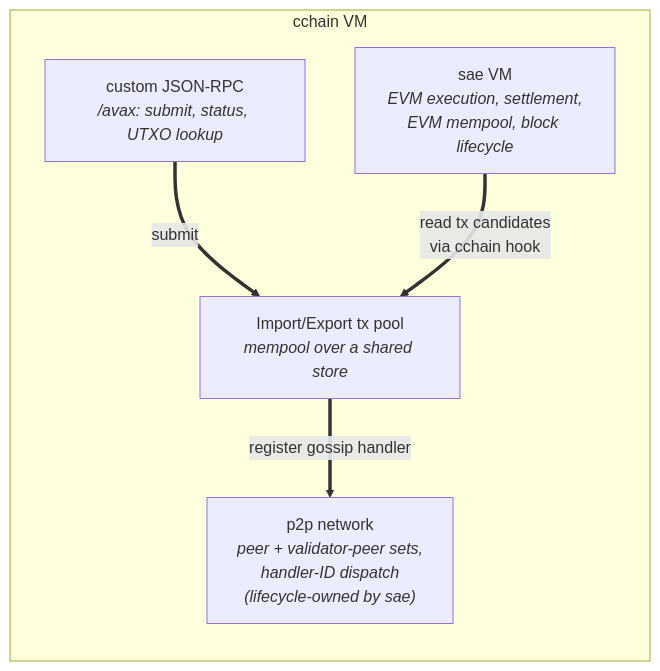
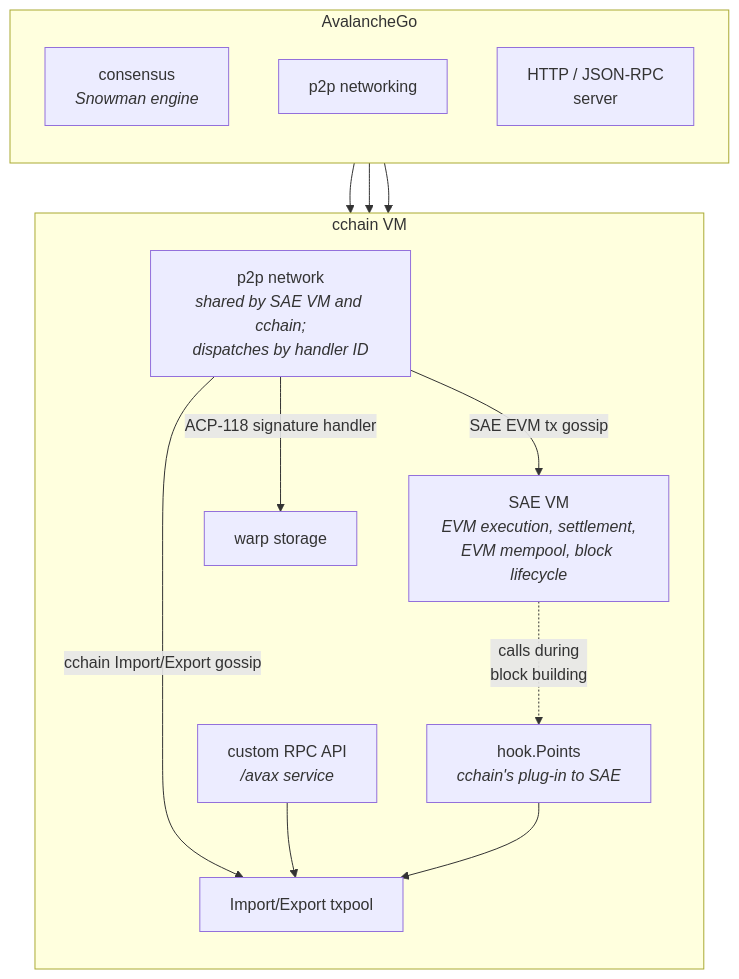
The first of 4 diagrams in vms/saevm/cchain/README.md (ava-labs/avalanchego), drawn with Mermaid before and after one commit. The commit also changed other lines of this file, not shown here.

````diff
--- a/vms/saevm/cchain/README.md
+++ b/vms/saevm/cchain/README.md
@@ -58,14 +7,32 @@
 ```mermaid
 flowchart TB
-    subgraph cchain_vm["cchain VM"]
+    subgraph avago["AvalancheGo"]
         direction TB
-        sae["sae VM<br/><i>EVM execution, settlement,<br/>EVM mempool, block lifecycle</i>"]
-        net["p2p network<br/><i>peer + validator-peer sets,<br/>handler-ID dispatch<br/>(lifecycle-owned by sae)</i>"]
-        pool["Import/Export tx pool<br/><i>mempool over a shared store</i>"]
-        apis["custom JSON-RPC<br/><i>/avax: submit, status, UTXO lookup</i>"]
+        consensus["consensus<br/><i>Snowman engine</i>"]
+        p2pin["p2p networking"]
+        httpd["HTTP / JSON-RPC<br/>server"]
+    end
 
-        apis ==>|submit| pool
-        pool ==>|register gossip handler| net
-        sae ==>|read tx candidates<br/>via cchain hook| pool
+    subgraph cchainvm["cchain VM"]
+        direction TB
+        sae["SAE VM<br/><i>EVM execution, settlement,<br/>EVM mempool, block lifecycle</i>"]
+        p2pcomp["p2p network<br/><i>shared by SAE VM and cchain;<br/>dispatches by handler ID</i>"]
+        rpcapi["custom RPC API<br/><i>/avax service</i>"]
+        txpool["Import/Export txpool"]
+        warp["warp storage"]
+        hook["hook.Points<br/><i>cchain's plug-in to SAE</i>"]
     end
+
+    consensus --> sae
+    p2pin --> p2pcomp
+    httpd --> rpcapi
+
+    p2pcomp -->|"SAE EVM tx gossip"| sae
+    p2pcomp -->|"cchain Import/Export gossip"| txpool
+    p2pcomp -->|"ACP-118 signature handler"| warp
+
+    rpcapi --> txpool
+
+    sae -.->|"calls during<br/>block building"| hook
+    hook --> txpool
 ```
````
